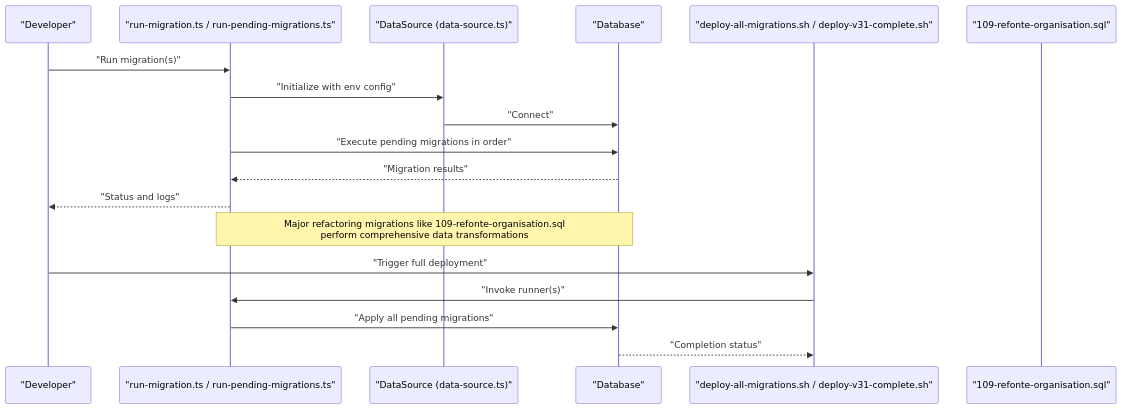
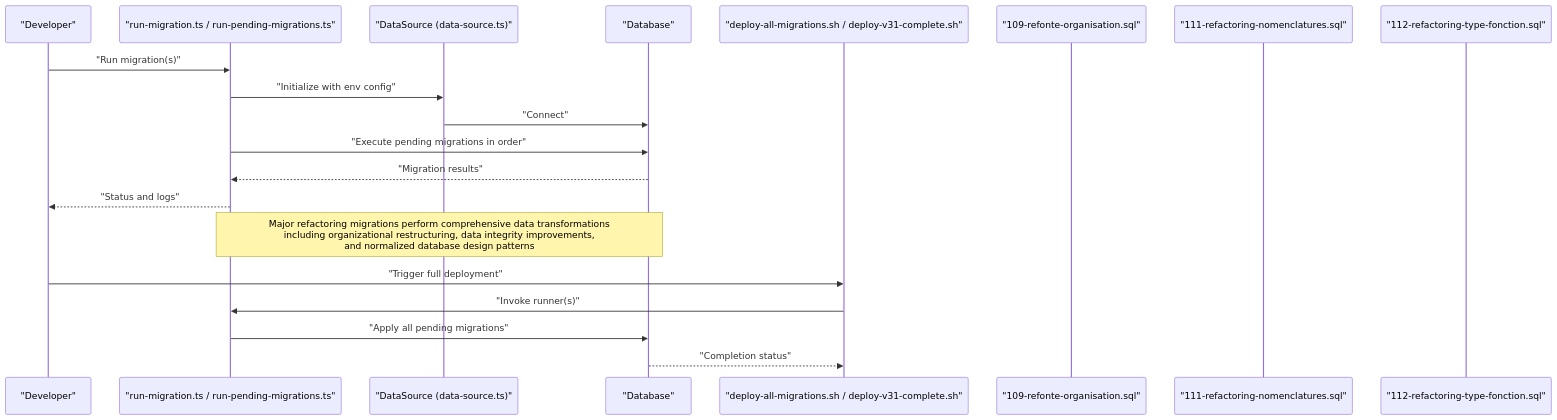
Before and after one commit to franckylab/eLISAschool: the second of 4 diagrams in .qoder/repowiki/en/content/System Architecture/Database Architecture/Database Migrations & Version Control.md, drawn with Mermaid. The commit also changed other lines of this file and 97 other files, not shown here.

````diff
--- a/.qoder/repowiki/en/content/System Architecture/Database Architecture/Database Migrations & Version Control.md
+++ b/.qoder/repowiki/en/content/System Architecture/Database Architecture/Database Migrations & Version Control.md
@@ -144,20 +155,22 @@
 ```mermaid
 sequenceDiagram
 participant Dev as "Developer"
 participant Script as "run-migration.ts / run-pending-migrations.ts"
 participant DS as "DataSource (data-source.ts)"
 participant DB as "Database"
 participant Deploy as "deploy-all-migrations.sh / deploy-v31-complete.sh"
 participant Refactor as "109-refonte-organisation.sql"
+participant Integrity as "111-refactoring-nomenclatures.sql"
+participant Normalization as "112-refactoring-type-fonction.sql"
 Dev->>Script : "Run migration(s)"
 Script->>DS : "Initialize with env config"
 DS->>DB : "Connect"
 Script->>DB : "Execute pending migrations in order"
 DB-->>Script : "Migration results"
 Script-->>Dev : "Status and logs"
-Note over Script,DB : Major refactoring migrations like 109-refonte-organisation.sql<br/>perform comprehensive data transformations
+Note over Script,DB : Major refactoring migrations perform comprehensive data transformations<br/>including organizational restructuring, data integrity improvements,<br/>and normalized database design patterns
 Dev->>Deploy : "Trigger full deployment"
 Deploy->>Script : "Invoke runner(s)"
 Script->>DB : "Apply all pending migrations"
 DB-->>Deploy : "Completion status"
 ```
````
